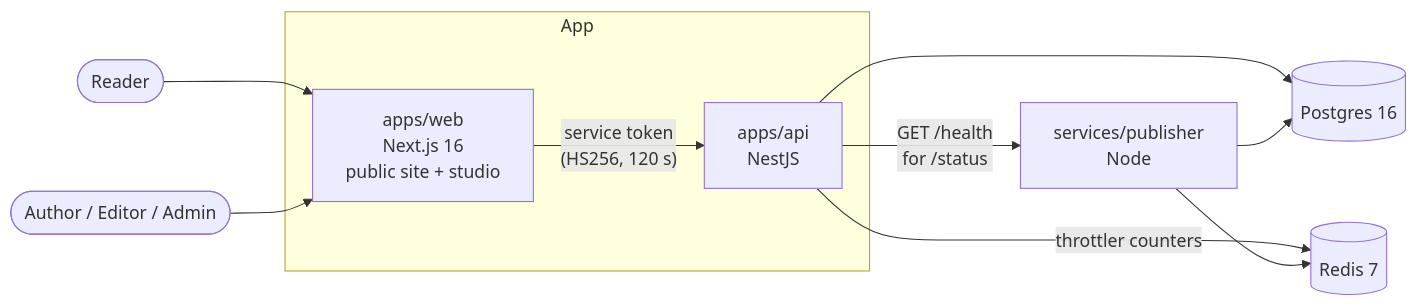
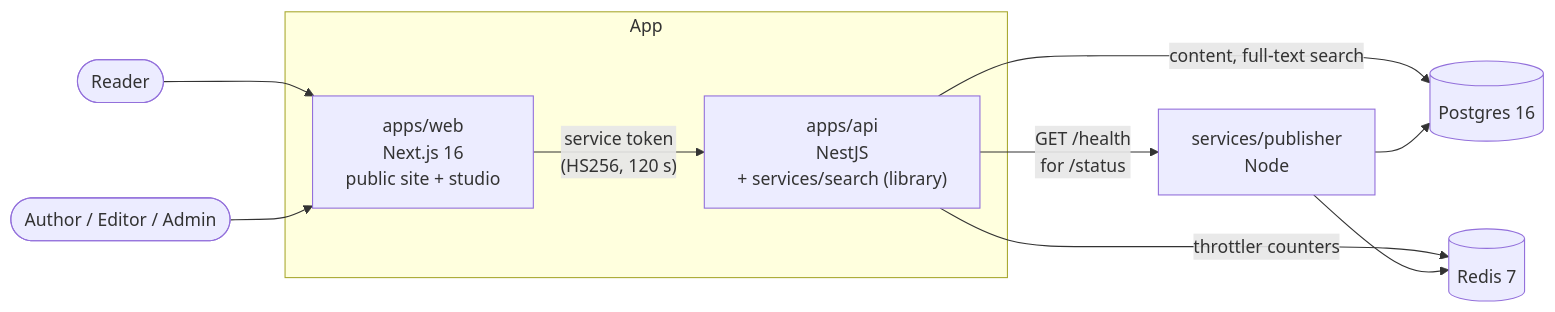
The first of 2 diagrams in README.md (bastian-red/headless-cms), drawn with Mermaid before and after one commit. The commit also changed other lines of this file and 44 other files, not shown here.

First line of the commit message:
Add full-text search: services/search, GET /v1/search, and the bench

````diff
--- a/README.md
+++ b/README.md
@@ -19,16 +19,16 @@
 ```mermaid
 flowchart LR
   reader([Reader]) --> web
   writer([Author / Editor / Admin]) --> web
 
   subgraph app ["App"]
-    web["apps/web<br/>Next.js 16<br/>public site + studio"] -->|"service token<br/>(HS256, 120 s)"| api["apps/api<br/>NestJS"]
+    web["apps/web<br/>Next.js 16<br/>public site + studio"] -->|"service token<br/>(HS256, 120 s)"| api["apps/api<br/>NestJS<br/>+ services/search (library)"]
   end
   publisher["services/publisher<br/>Node"]
 
-  api --> pg[(Postgres 16)]
+  api -->|"content, full-text search"| pg[(Postgres 16)]
   api -->|"throttler counters"| redis[(Redis 7)]
   api -->|"GET /health<br/>for /status"| publisher
   publisher --> pg
   publisher --> redis
 ```
````
